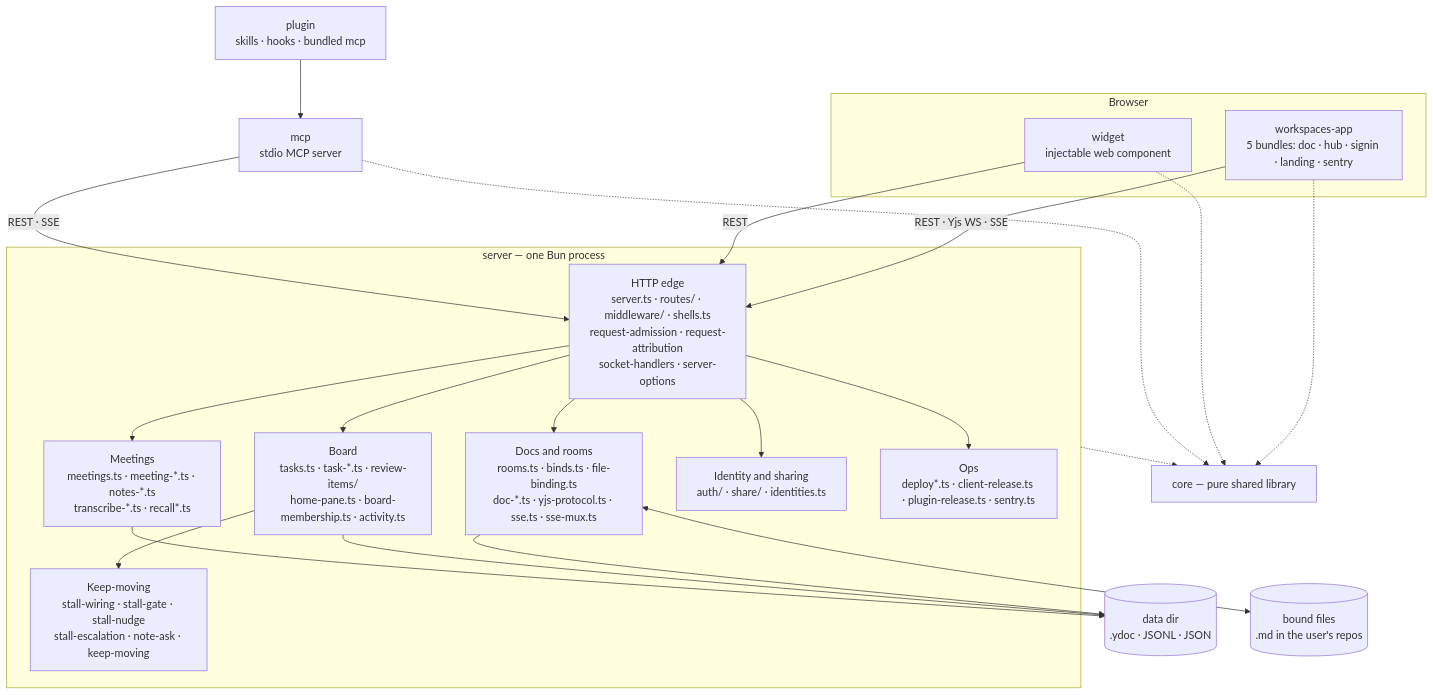
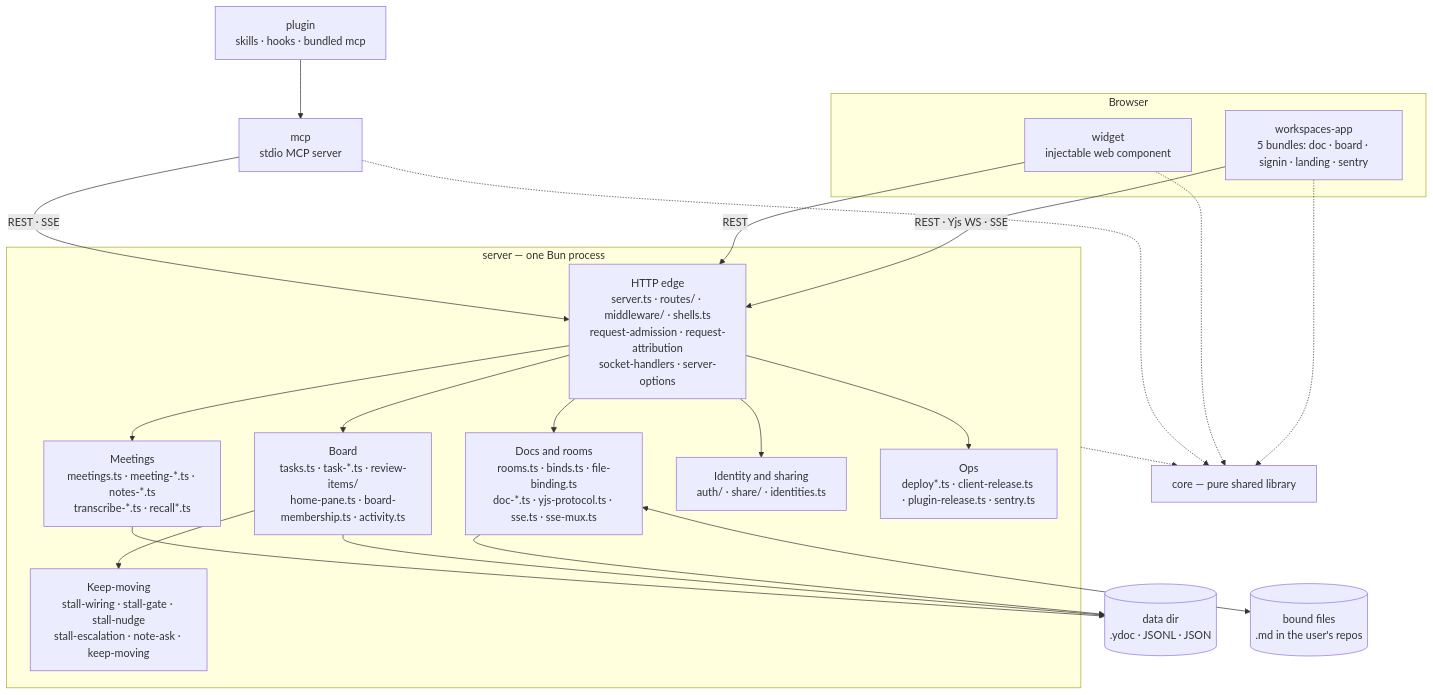
Before and after one commit to fryanpan/claude-live-feedback-plugin: the first of 2 diagrams in docs/architecture/overview.md, drawn with Mermaid. The commit also changed other lines of this file and 15 other files, not shown here.

````diff
--- a/docs/architecture/overview.md
+++ b/docs/architecture/overview.md
@@ -11,32 +11,32 @@
 ```mermaid
 flowchart TB
   subgraph browser[Browser]
-    app["workspaces-app<br/>5 bundles: doc · hub · signin · landing · sentry"]
+    app["workspaces-app<br/>5 bundles: doc · board · signin · landing · sentry"]
     wid["widget<br/>injectable web component"]
   end
   plug["plugin<br/>skills · hooks · bundled mcp"]
   mcp["mcp<br/>stdio MCP server"]
   subgraph srv["server — one Bun process"]
     edge["HTTP edge<br/>server.ts · routes/ · middleware/ · shells.ts<br/>request-admission · request-attribution<br/>socket-handlers · server-options"]
     docs["Docs and rooms<br/>rooms.ts · binds.ts · file-binding.ts<br/>doc-*.ts · yjs-protocol.ts · sse.ts · sse-mux.ts"]
     board["Board<br/>tasks.ts · task-*.ts · review-items/<br/>home-pane.ts · board-membership.ts · activity.ts"]
     meet["Meetings<br/>meetings.ts · meeting-*.ts · notes-*.ts<br/>transcribe-*.ts · recall*.ts"]
     keep["Keep-moving<br/>stall-wiring · stall-gate · stall-nudge<br/>stall-escalation · note-ask · keep-moving"]
     ident["Identity and sharing<br/>auth/ · share/ · identities.ts"]
     ops["Ops<br/>deploy*.ts · client-release.ts · plugin-release.ts · sentry.ts"]
   end
   core["core — pure shared library"]
   disk[("data dir<br/>.ydoc · JSONL · JSON")]
   files[("bound files<br/>.md in the user's repos")]
 
   app -->|"REST · Yjs WS · SSE"| edge
   wid -->|REST| edge
   plug --> mcp
   mcp -->|"REST · SSE"| edge
   edge --> docs & board & meet & ident & ops
   board --> keep
   docs <--> files
   docs & board & meet --> disk
   app & wid & mcp -.-> core
   srv -.-> core
 ```
````
